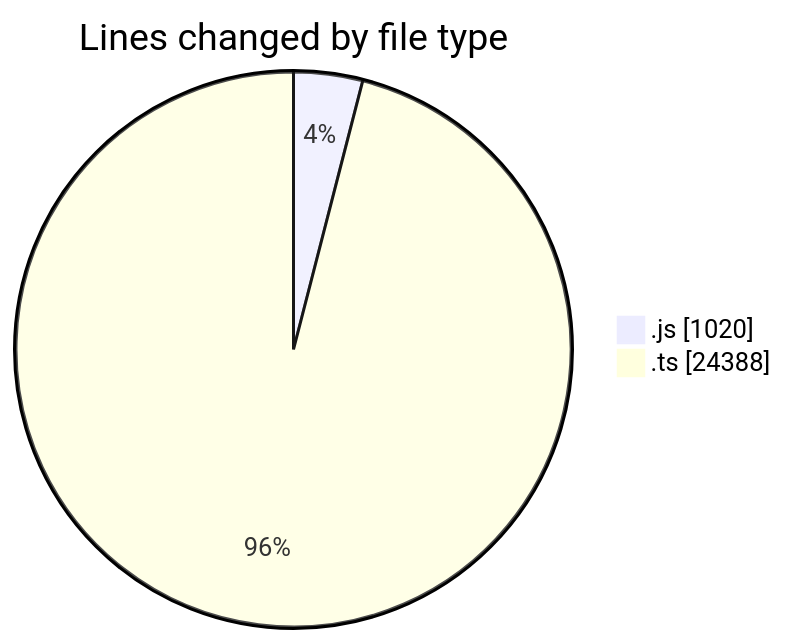
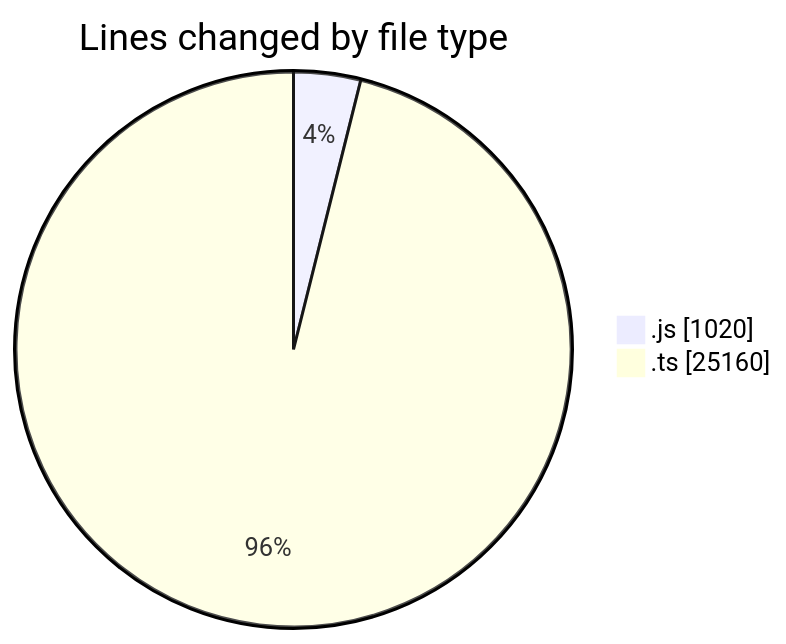
The first of 2 diagrams in 2026-01-15/cda/README.md (momahboobian/code-tracking), drawn with Mermaid before and after one commit. The commit also changed other lines of this file and 1 other file, not shown here.

````diff
--- a/2026-01-15/cda/README.md
+++ b/2026-01-15/cda/README.md
@@ -26,6 +27,6 @@
 ```mermaid
 pie showData
 title Lines changed by file type
 ".js" : 1020
-".ts" : 24388
+".ts" : 25160
 ```
````
